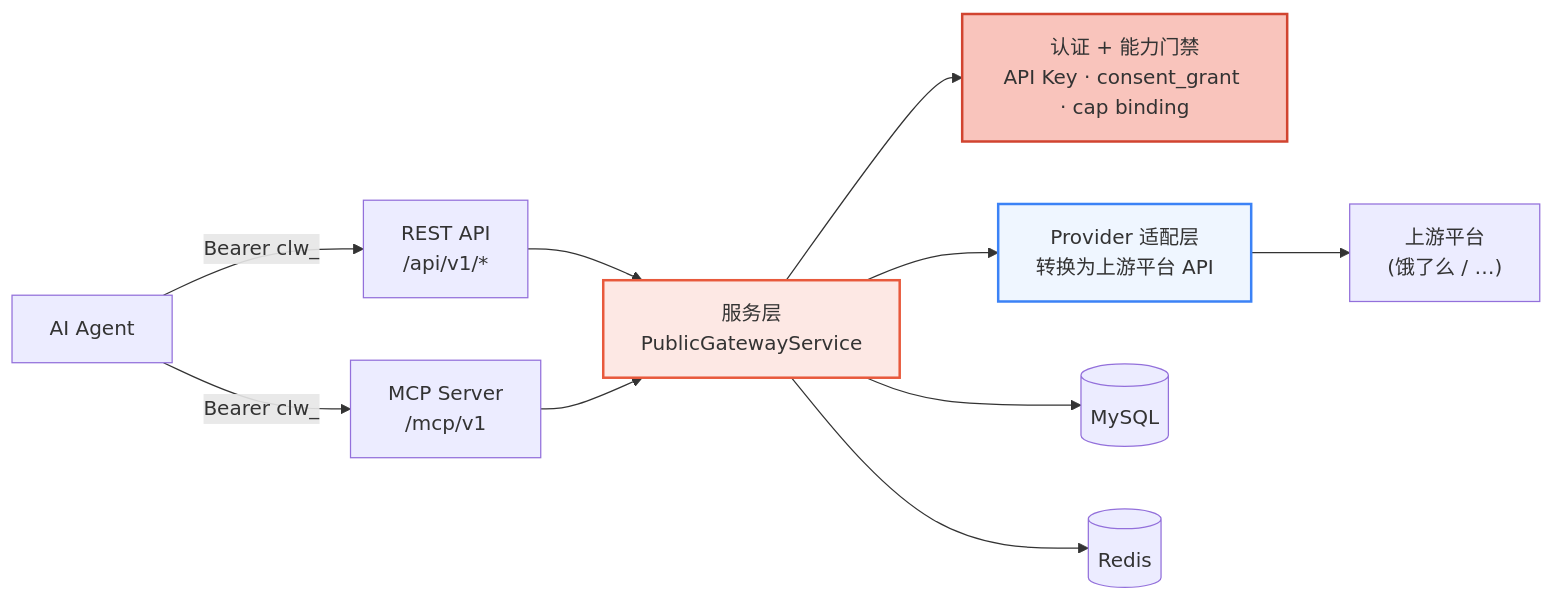
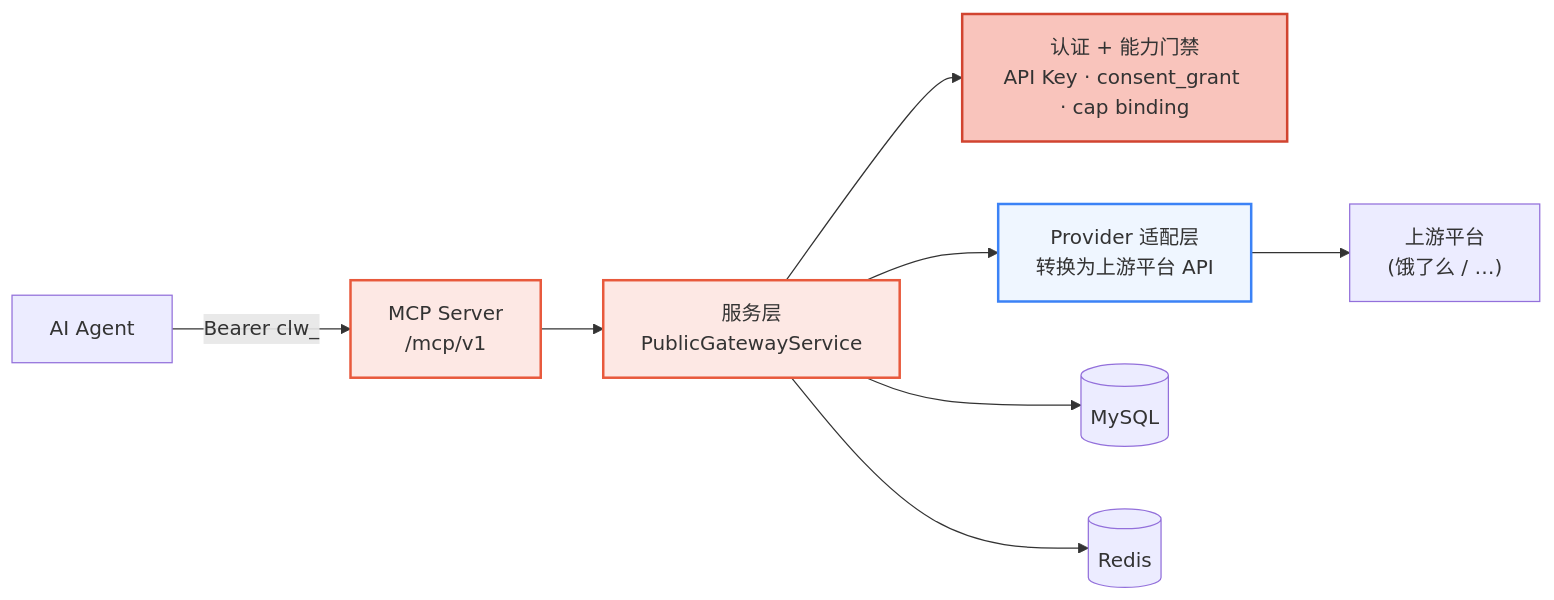
One commit to clawdot/docs changed the first of 3 diagrams in gateway/architecture.mdx. Above: the diagram before and after it, drawn with Mermaid. The commit also changed other lines of this file and 67 other files, not shown here.

First line of the commit message:
docs: 正文改写为 MCP-first + 补 MCP 时序图（Phase 2）

````diff
--- a/gateway/architecture.mdx
+++ b/gateway/architecture.mdx
@@ -10,26 +10,24 @@
 ```mermaid
 graph LR
   Agent["AI Agent"]
-  REST["REST API<br/>/api/v1/*"]
   MCP["MCP Server<br/>/mcp/v1"]
   Service["服务层<br/>PublicGatewayService"]
   Gate["认证 + 能力门禁<br/>API Key · consent_grant · cap binding"]
   Provider["Provider 适配层<br/>转换为上游平台 API"]
   Upstream["上游平台<br/>(饿了么 / …)"]
   DB[("MySQL")]
   Redis[("Redis")]
 
-  Agent -->|Bearer clw_| REST
   Agent -->|Bearer clw_| MCP
-  REST --> Service
   MCP --> Service
   Service --> Gate
   Service --> Provider
   Provider --> Upstream
   Service --> DB
   Service --> Redis
 
+  style MCP fill:#fde8e4,stroke:#E8593C,stroke-width:2px
   style Service fill:#fde8e4,stroke:#E8593C,stroke-width:2px
   style Gate fill:#f9c4bc,stroke:#D14430,stroke-width:2px
   style Provider fill:#EFF6FF,stroke:#3B82F6,stroke-width:2px
 ```
````
